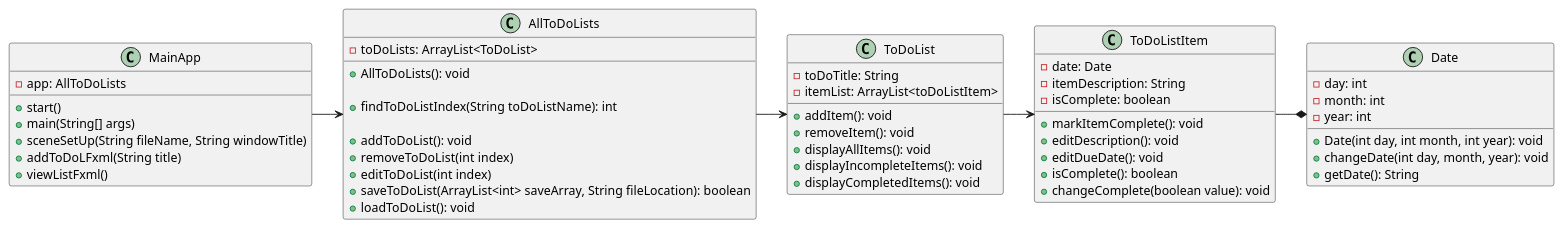
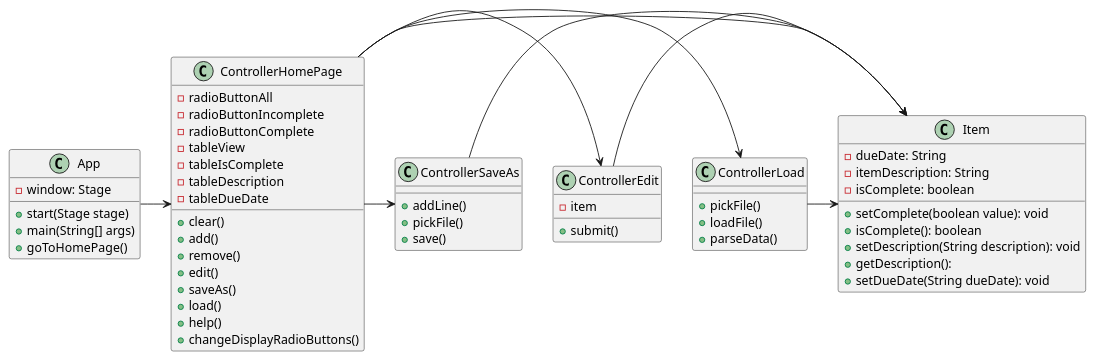
One commit to pothyn/davis-app-impl changed the diagram in docs/diagram.puml. Above: the diagram before and after it, drawn with PlantUML.

Commit message:
plantuml push

```diff
--- a/docs/diagram.puml
+++ b/docs/diagram.puml
@@ -1,78 +1,72 @@
 @startuml
 
-class MainApp {
+class App {
+    -window: Stage
 
-    -app: AllToDoLists
-
-    +start()
+    +start(Stage stage)
     +main(String[] args)
-    +sceneSetUp(String fileName, String windowTitle)
-    +addToDoLFxml(String title)
-    +viewListFxml()
-
+    +goToHomePage()
 }
 
-class AllToDoLists {
-
-    -toDoLists: ArrayList<ToDoList>
-
-    +AllToDoLists(): void
-
-    'helpful
-    +findToDoListIndex(String toDoListName): int
-
-    'required
-    +addToDoList(): void
-    +removeToDoList(int index)
-    +editToDoList(int index)
-    +saveToDoList(ArrayList<int> saveArray, String fileLocation): boolean
-    +loadToDoList(): void
-
-}
-
-class ToDoList {
-
-    -toDoTitle: String
-    -itemList: ArrayList<toDoListItem>
-
-    'required
-    +addItem(): void
-    +removeItem(): void
-    +displayAllItems(): void
-    +displayIncompleteItems(): void
-    +displayCompletedItems(): void
-
-}
-
-class ToDoListItem {
-
-    -date: Date
+class Item {
+    -dueDate: String
     -itemDescription: String
     -isComplete: boolean
 
-    +markItemComplete(): void
-    +editDescription(): void
-    +editDueDate(): void
+    +setComplete(boolean value): void
     +isComplete(): boolean
-    +changeComplete(boolean value): void
-
+    +setDescription(String description): void
+    +getDescription():
+    +setDueDate(String dueDate): void
 }
 
-class Date {
+class ControllerHomePage {
+    -radioButtonAll
+    -radioButtonIncomplete
+    -radioButtonComplete
+    -tableView
+    -tableIsComplete
+    -tableDescription
+    -tableDueDate
 
-    -day: int
-    -month: int
-    -year: int
-
-    +Date(int day, int month, int year): void
-    +changeDate(int day, month, year): void
-    +getDate(): String
-
+    +clear()
+    +add()
+    +remove()
+    +edit()
+    +saveAs()
+    +load()
+    +help()
+    +changeDisplayRadioButtons()
 }
 
-MainApp -> AllToDoLists
-AllToDoLists -> ToDoList
-ToDoList -> ToDoListItem
-ToDoListItem -* Date
+class ControllerEdit {
+    -item
+
+    +submit()
+}
+
+class ControllerLoad {
+    +pickFile()
+    +loadFile()
+    +parseData()
+}
+
+class ControllerSaveAs {
+    +addLine()
+    +pickFile()
+    +save()
+}
+
+App -> ControllerHomePage
+
+ControllerHomePage -> ControllerLoad
+ControllerHomePage -> ControllerEdit
+ControllerHomePage -> ControllerSaveAs
+
+ControllerHomePage -> Item
+ControllerEdit -> Item
+ControllerSaveAs -> Item
+ControllerLoad -> Item
+
 
 @enduml
```
